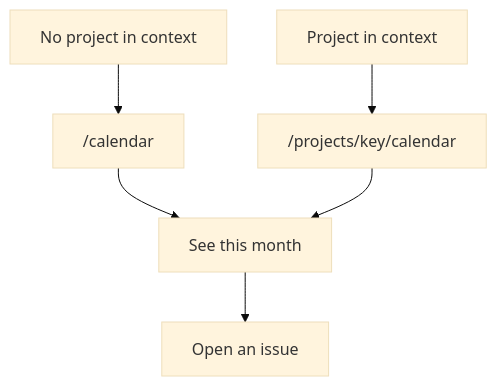
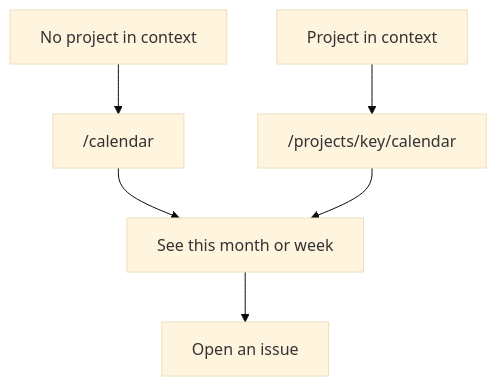
One commit to Mathotics/Keel changed the diagram in docs/adr/month-calendar.md. Above: the diagram before and after it, drawn with Mermaid (base theme). The commit also changed other lines of this file and 10 other files, not shown here.

````diff
--- a/docs/adr/month-calendar.md
+++ b/docs/adr/month-calendar.md
@@ -76,12 +81,12 @@
 ```mermaid
 flowchart TD
   outside[No project in context]
   inside[Project in context]
   master["/calendar"]
   project["/projects/key/calendar"]
-  month[See this month]
+  month[See this month or week]
   issue[Open an issue]
   outside --> master --> month
   inside --> project --> month
   month --> issue
 ```
````
